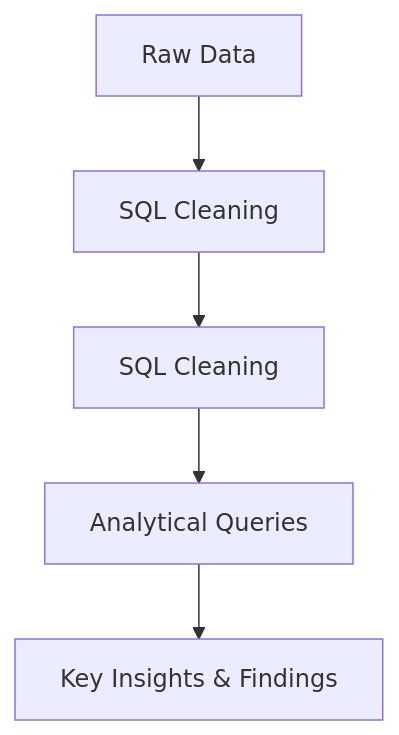
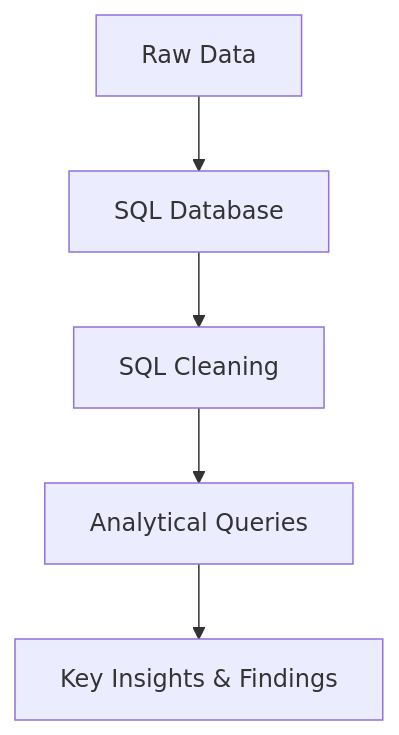
One commit to Tbrown1998/Spotify-Advanced-SQL-Project-and-Query-Optimization changed the diagram in README.md. Above: the diagram before and after it, drawn with Mermaid.

````diff
--- a/README.md
+++ b/README.md
@@ -31,7 +31,7 @@
 ```mermaid
 graph TD
-    A[Raw Data] --> B[SQL Cleaning]
+    A[Raw Data] --> B[SQL Database]
     B --> C[SQL Cleaning]
     C --> D[Analytical Queries]
     D --> E[Key Insights & Findings]
 ```
````
